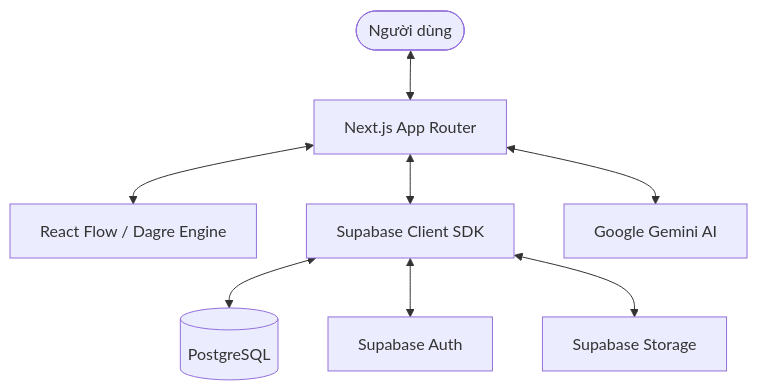
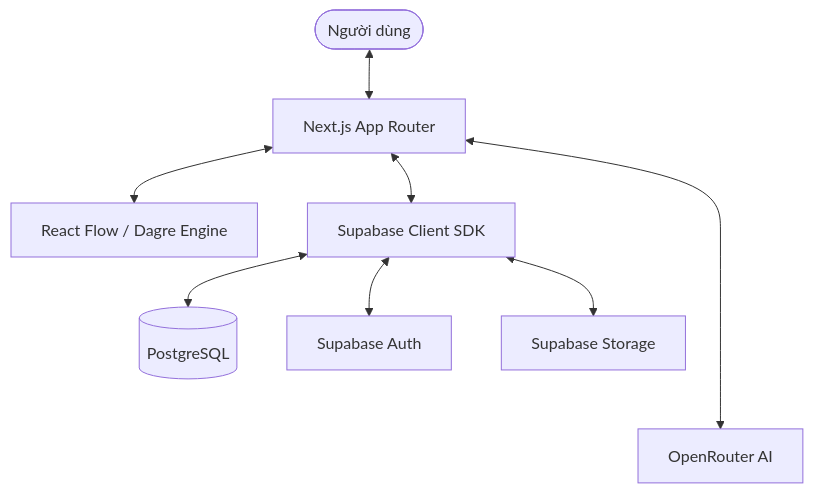
The diagram in README.md (dexter826/treemaker), drawn with Mermaid before and after one commit. The commit also changed other lines of this file and 1 other file, not shown here.

Commit message:
feat: add OpenRouter configuration and default model definition to ai-sdk provider

````diff
--- a/README.md
+++ b/README.md
@@ -37,10 +37,10 @@
 ```mermaid
 graph TD
     User([Người dùng]) <--> Frontend[Next.js App Router]
     Frontend <--> ReactFlow[React Flow / Dagre Engine]
     Frontend <--> SupabaseSDK[Supabase Client SDK]
     SupabaseSDK <--> DB[(PostgreSQL)]
     SupabaseSDK <--> Auth[Supabase Auth]
     SupabaseSDK <--> Storage[Supabase Storage]
-    Frontend <--> Gemini[Google Gemini AI]
+    Frontend <----> OpenRouter[OpenRouter AI]
 ```
````
